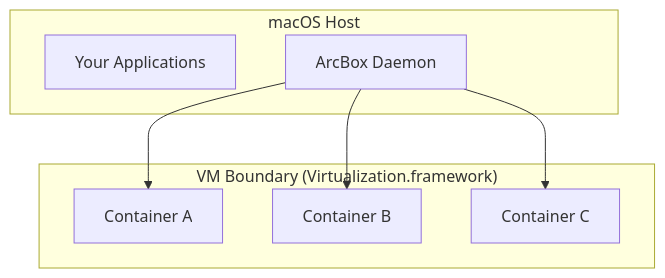
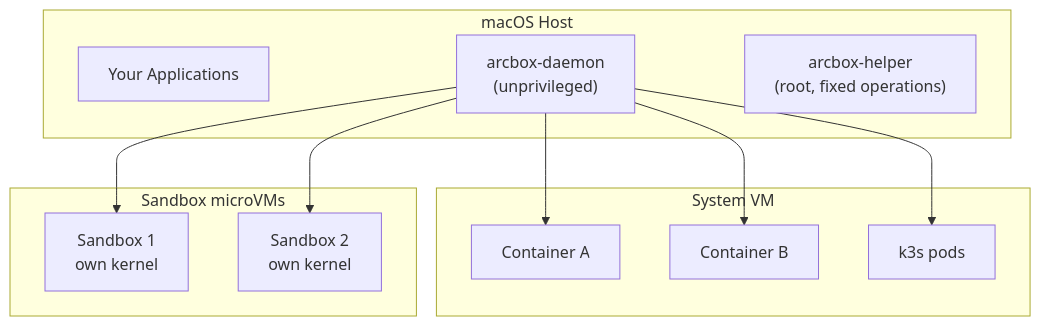
The diagram in content/docs/desktop/security.mdx (arcboxlabs/websites), drawn with Mermaid before and after one commit. The commit also changed other lines of this file and 39 other files, not shown here.

````diff
--- a/content/docs/desktop/security.mdx
+++ b/content/docs/desktop/security.mdx
@@ -10,15 +11,22 @@
 ```mermaid
 graph TD
     subgraph "macOS Host"
         A["Your Applications"]
-        B["ArcBox Daemon"]
+        B["arcbox-daemon<br/>(unprivileged)"]
+        H["arcbox-helper<br/>(root, fixed operations)"]
     end
-    subgraph "VM Boundary (Virtualization.framework)"
+    subgraph "System VM"
         C["Container A"]
         D["Container B"]
-        E["Container C"]
+        K["k3s pods"]
+    end
+    subgraph "Sandbox microVMs"
+        S1["Sandbox 1<br/>own kernel"]
+        S2["Sandbox 2<br/>own kernel"]
     end
     B --> C
     B --> D
-    B --> E
+    B --> K
+    B --> S1
+    B --> S2
 ```
````
